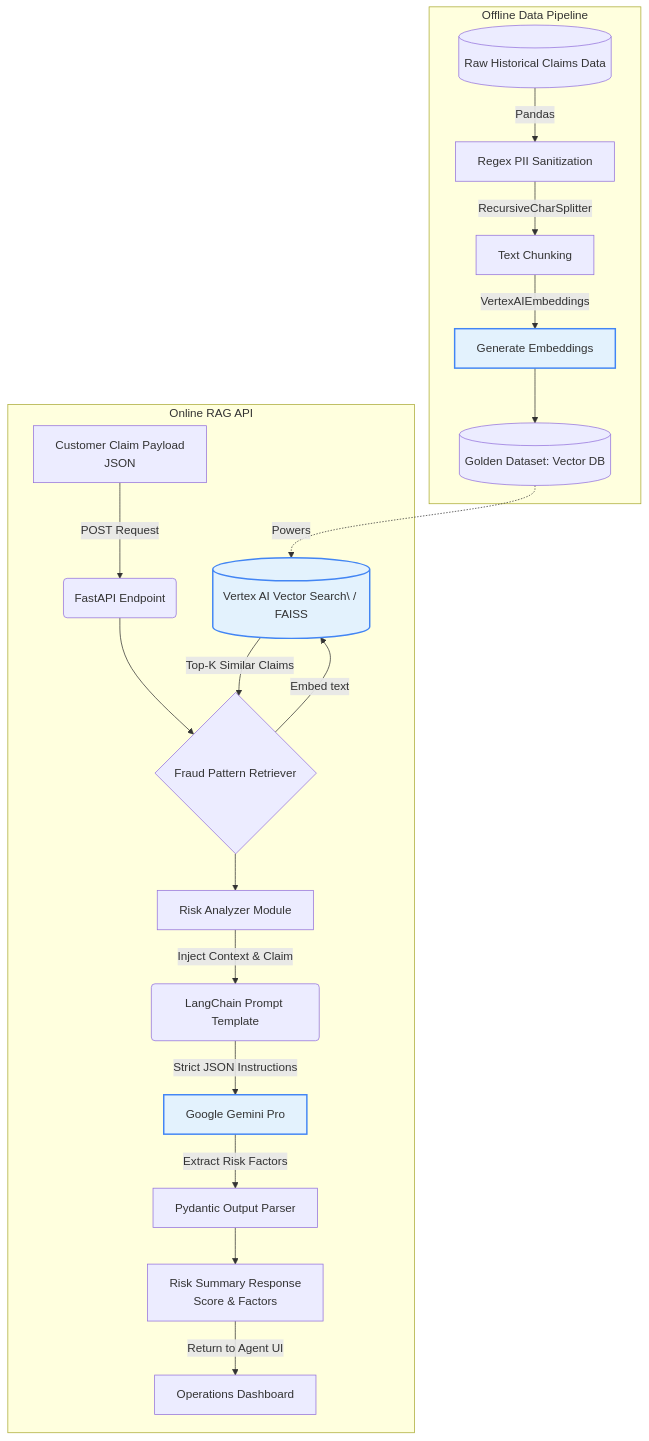
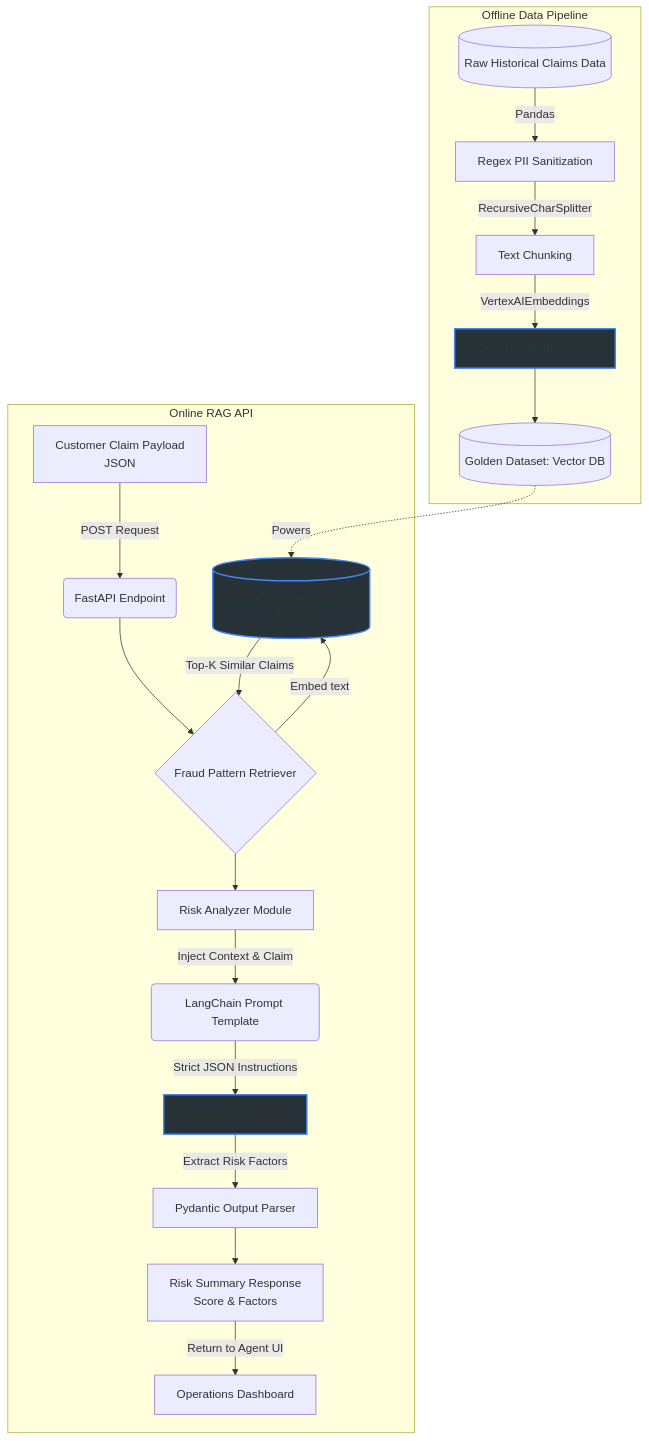
Before and after one commit to ferrosas2/helloworld: the diagram in AI-Systems-Architecture/RO-Fraud/README.md, drawn with Mermaid.

Commit message:
Fix GCP class definition color in architecture flow diagram in README

````diff
--- a/AI-Systems-Architecture/RO-Fraud/README.md
+++ b/AI-Systems-Architecture/RO-Fraud/README.md
@@ -10,26 +10,26 @@
 ```mermaid
 graph TD
     subgraph Offline Data Pipeline
         O1[(Raw Historical Claims Data)] -->|Pandas| O2[Regex PII Sanitization]
         O2 -->|RecursiveCharSplitter| O3[Text Chunking]
         O3 -->|VertexAIEmbeddings| O4[Generate Embeddings]
         O4 --> O5[(Golden Dataset: Vector DB)]
     end
 
     subgraph Online RAG API
         A[Customer Claim Payload\nJSON] -->|POST Request| B(FastAPI Endpoint)
         B --> C{Fraud Pattern Retriever}
         C -->|Embed text| D[(Vertex AI Vector Search\ / FAISS)]
         O5 -.->|Powers| D
         D -->|Top-K Similar Claims| C
         C --> E[Risk Analyzer Module]
         E -->|Inject Context & Claim| F(LangChain Prompt Template)
         F -->|Strict JSON Instructions| G[Google Gemini Pro]
         G -->|Extract Risk Factors| H[Pydantic Output Parser]
         H --> I[Risk Summary Response\nScore & Factors]
         I -->|Return to Agent UI| J[Operations Dashboard]
     end
     
-    classDef GCP fill:#e3f2fd,stroke:#4285f4,stroke-width:2px;
+    classDef GCP fill:#263238,stroke:#4285f4,stroke-width:2px;
     class D,G,O4 GCP;
 ```
````
